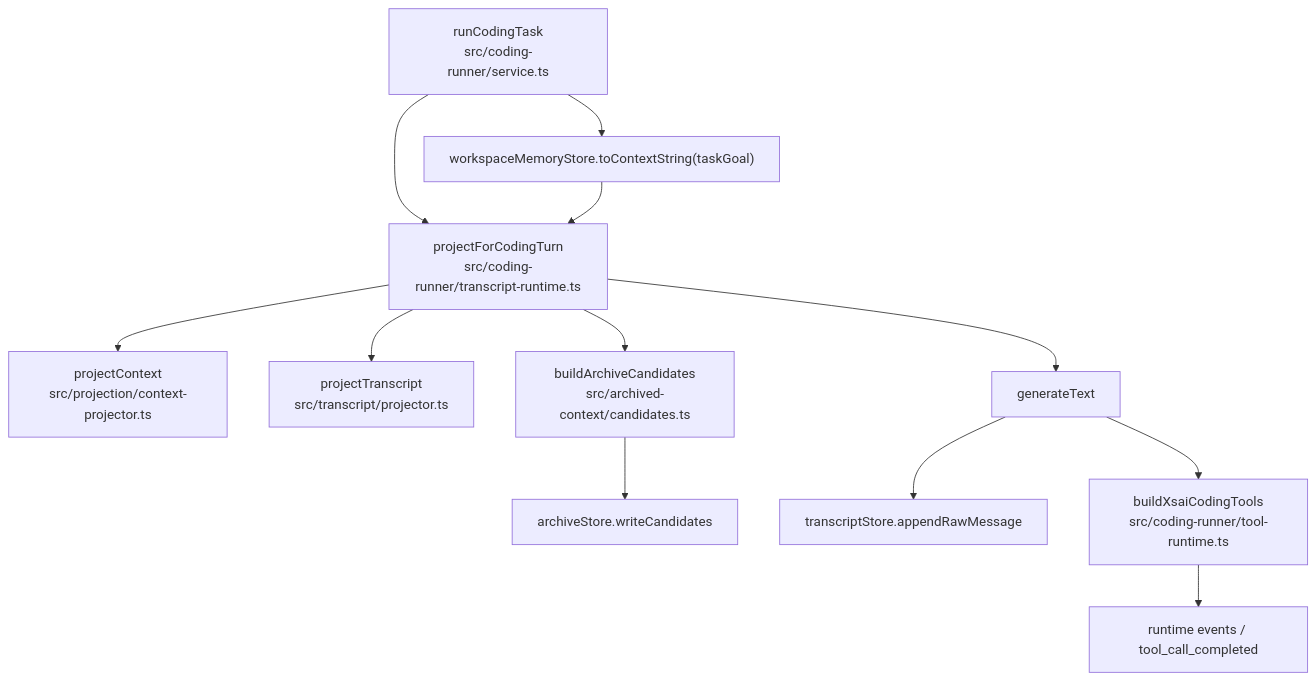
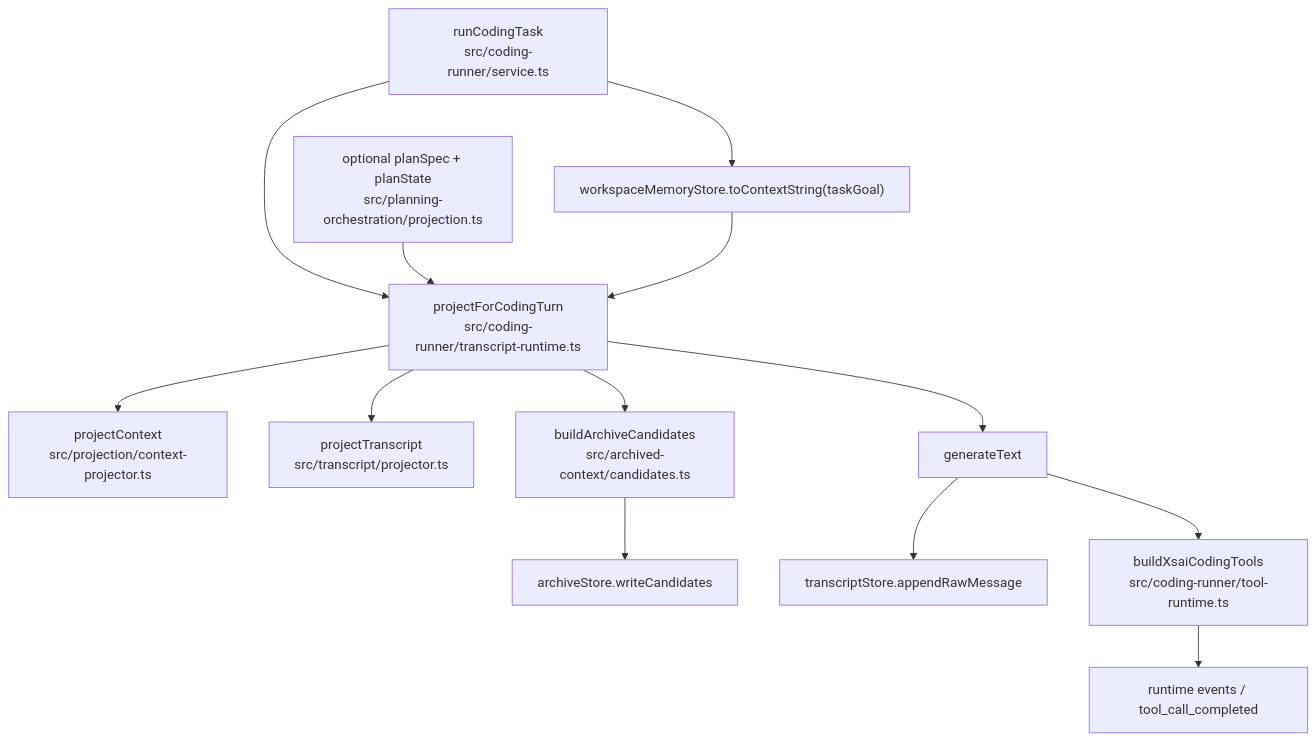
The first of 2 diagrams in services/computer-use-mcp/coding-agent-code-index.md (3361559784/airi-preview), drawn with Mermaid before and after one commit. The commit also changed other lines of this file and 3 other files, not shown here.

Commit message:
feat(computer-use-mcp): add current-run plan state projection

````diff
--- a/services/computer-use-mcp/coding-agent-code-index.md
+++ b/services/computer-use-mcp/coding-agent-code-index.md
@@ -69,14 +69,15 @@
 ```mermaid
 flowchart TD
   A["runCodingTask<br/>src/coding-runner/service.ts"] --> B["workspaceMemoryStore.toContextString(taskGoal)"]
   A --> C["projectForCodingTurn<br/>src/coding-runner/transcript-runtime.ts"]
+  PLAN["optional planSpec + planState<br/>src/planning-orchestration/projection.ts"] --> C
   B --> C
   C --> D["projectContext<br/>src/projection/context-projector.ts"]
   C --> E["projectTranscript<br/>src/transcript/projector.ts"]
   C --> F["buildArchiveCandidates<br/>src/archived-context/candidates.ts"]
   F --> G["archiveStore.writeCandidates"]
   C --> H["generateText"]
   H --> I["transcriptStore.appendRawMessage"]
   H --> J["buildXsaiCodingTools<br/>src/coding-runner/tool-runtime.ts"]
   J --> K["runtime events / tool_call_completed"]
 ```
````
